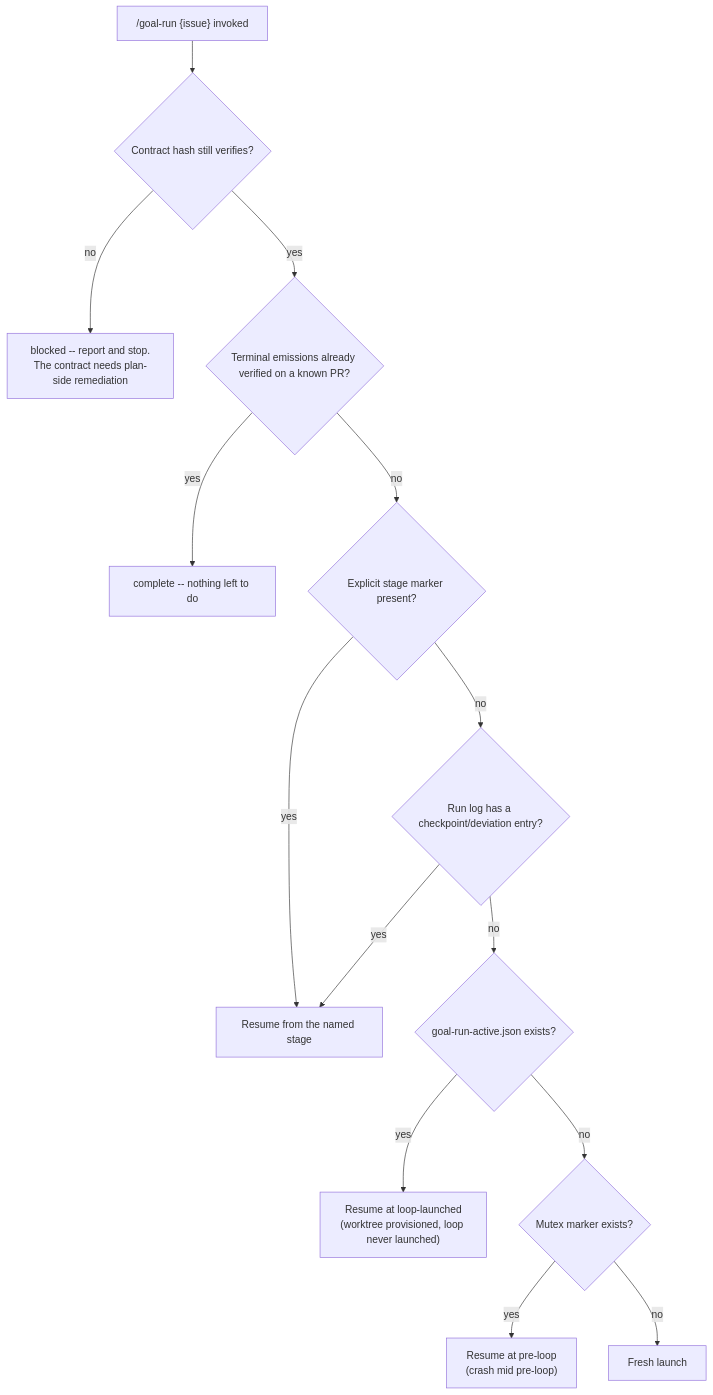
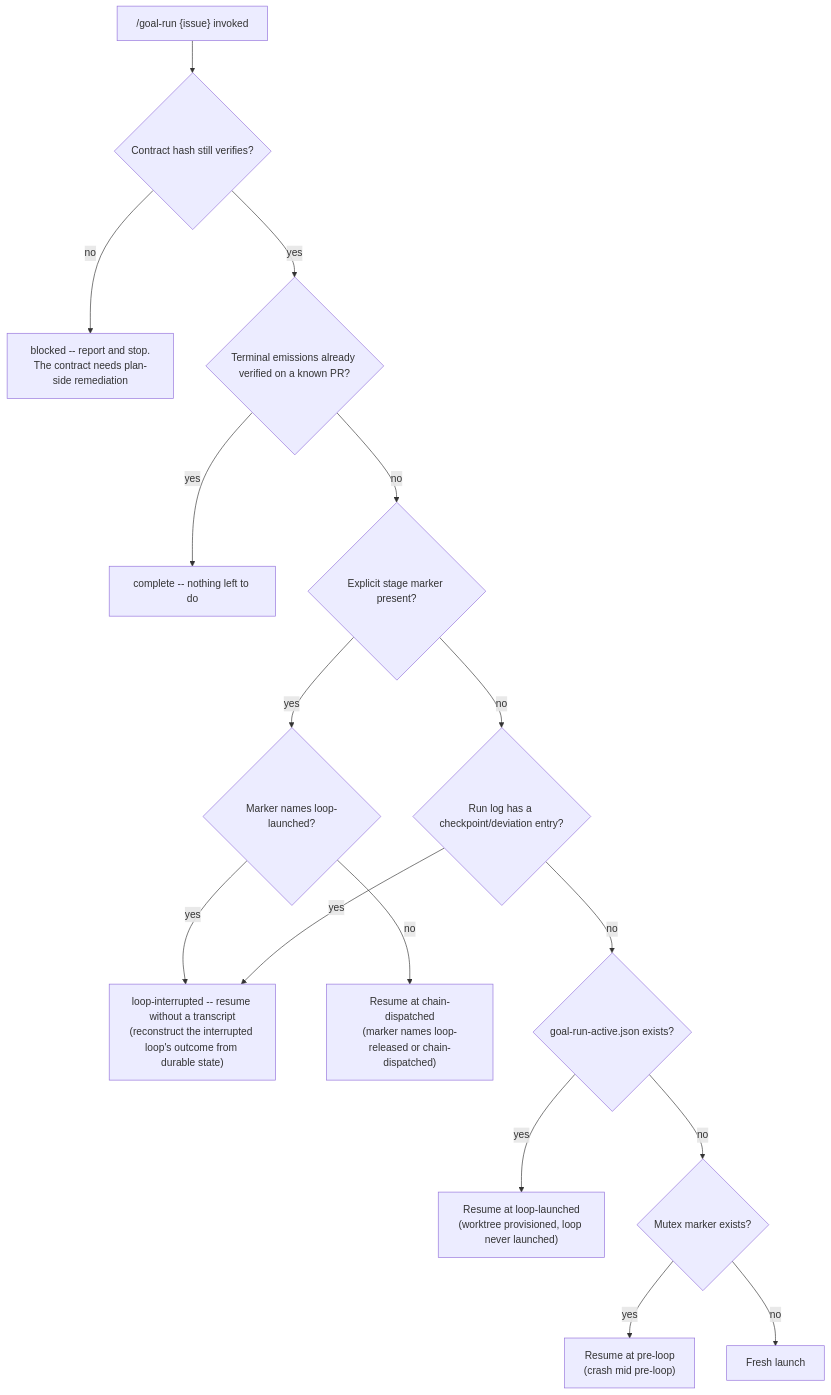
The second of 2 diagrams in HOW-IT-WORKS.md (Grimblaz/agent-orchestra), drawn with Mermaid before and after one commit. The commit also changed other lines of this file and 23 other files, not shown here.

````diff
--- a/HOW-IT-WORKS.md
+++ b/HOW-IT-WORKS.md
@@ -91,16 +99,18 @@
 ```mermaid
 flowchart TD
     R0["/goal-run {issue} invoked"] --> R1{Contract hash still verifies?}
     R1 -- no --> RB["blocked -- report and stop.<br/>The contract needs plan-side remediation"]
     R1 -- yes --> R2{Terminal emissions already verified on a known PR?}
     R2 -- yes --> RC["complete -- nothing left to do"]
     R2 -- no --> R3{Explicit stage marker present?}
-    R3 -- yes --> RS["Resume from the named stage"]
+    R3 -- yes --> R3a{Marker names loop-launched?}
+    R3a -- yes --> RS4["loop-interrupted -- resume without a transcript<br/>(reconstruct the interrupted loop's outcome from durable state)"]
+    R3a -- no --> RS["Resume at chain-dispatched<br/>(marker names loop-released or chain-dispatched)"]
     R3 -- no --> R4{Run log has a checkpoint/deviation entry?}
-    R4 -- yes --> RS
+    R4 -- yes --> RS4
     R4 -- no --> R5{goal-run-active.json exists?}
     R5 -- yes --> RS2["Resume at loop-launched<br/>(worktree provisioned, loop never launched)"]
     R5 -- no --> R6{Mutex marker exists?}
     R6 -- yes --> RS3["Resume at pre-loop<br/>(crash mid pre-loop)"]
     R6 -- no --> RF["Fresh launch"]
 ```
````
